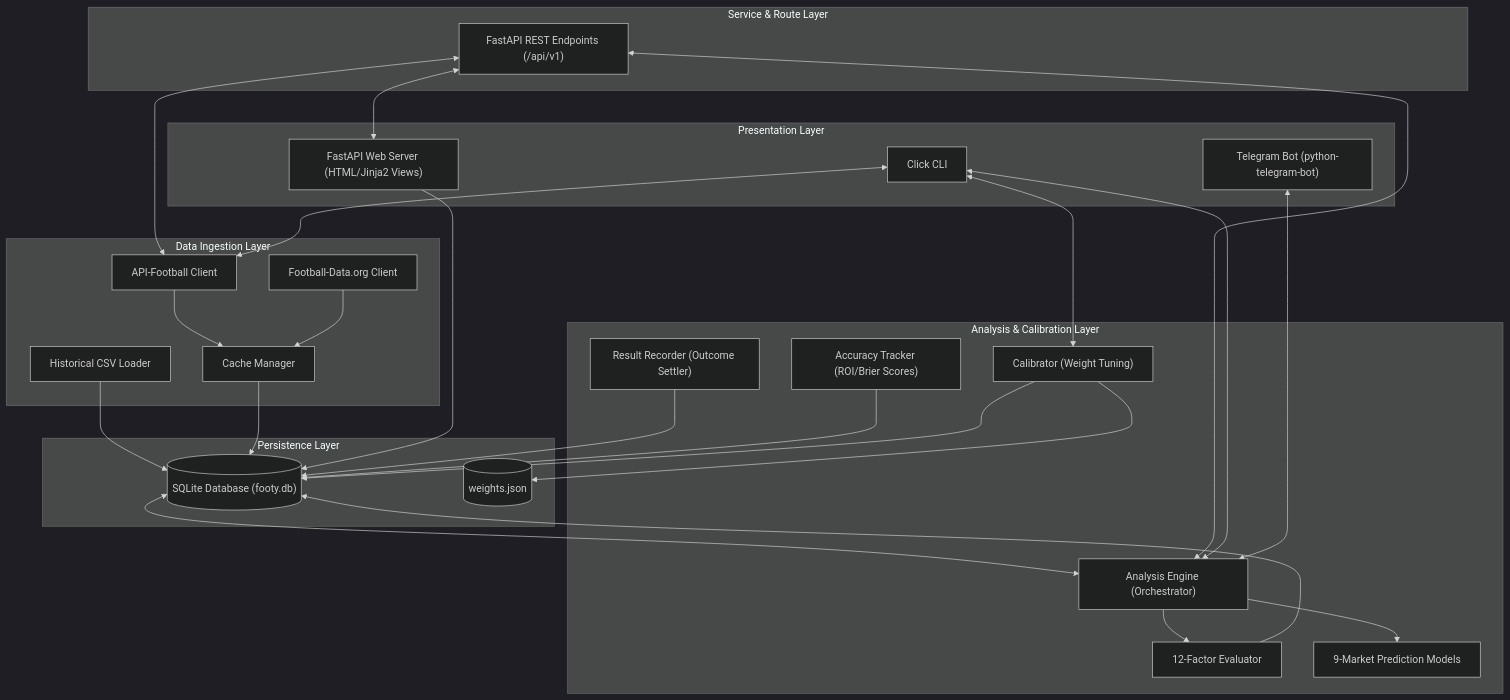
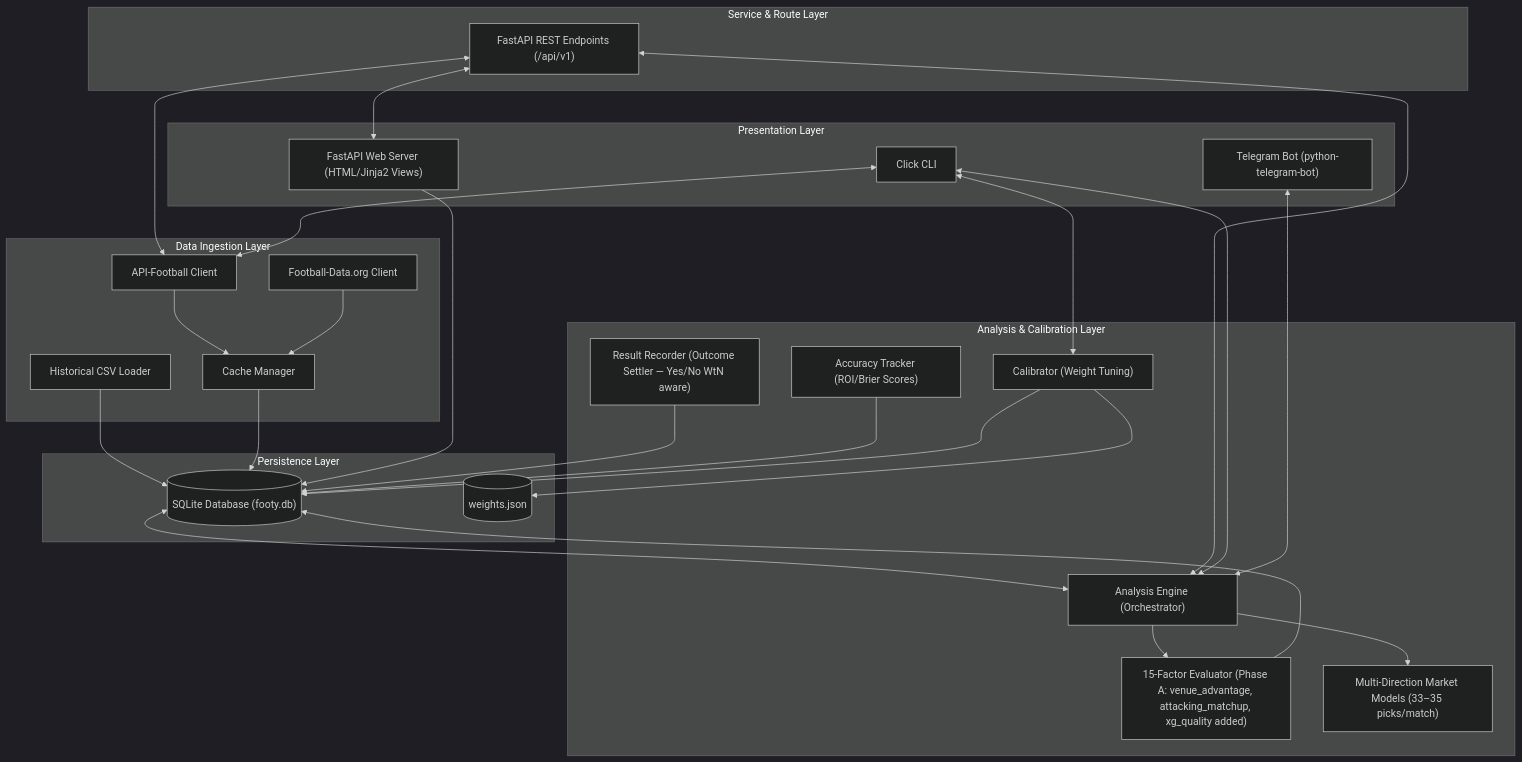
One commit to islajr/footy-predict changed the first of 4 diagrams in architecture.md. Above: the diagram before and after it, drawn with Mermaid (dark theme). The commit also changed other lines of this file, not shown here.

First line of the commit message:
docs(architecture): update for Phase A — 15 factors, multi-direction markets, WtN Yes/No

````diff
--- a/architecture.md
+++ b/architecture.md
@@ -22,66 +22,66 @@
 ```mermaid
 graph TD
     %% Presentation Layer
     subgraph Presentation ["Presentation Layer"]
         UI["FastAPI Web Server (HTML/Jinja2 Views)"]
         CLI["Click CLI"]
         Bot["Telegram Bot (python-telegram-bot)"]
     end
 
     %% API / Service Layer
     subgraph Service ["Service & Route Layer"]
         API_Routes["FastAPI REST Endpoints (/api/v1)"]
     end
 
     %% Analysis & Calibration Layer
     subgraph Analysis ["Analysis & Calibration Layer"]
         Engine["Analysis Engine (Orchestrator)"]
-        Factors["12-Factor Evaluator"]
-        Markets["9-Market Prediction Models"]
+        Factors["15-Factor Evaluator (Phase A: venue_advantage, attacking_matchup, xg_quality added)"]
+        Markets["Multi-Direction Market Models (33–35 picks/match)"]
         Calibrator["Calibrator (Weight Tuning)"]
-        Recorder["Result Recorder (Outcome Settler)"]
+        Recorder["Result Recorder (Outcome Settler — Yes/No WtN aware)"]
         Tracker["Accuracy Tracker (ROI/Brier Scores)"]
     end
 
     %% Data Ingestion Layer
     subgraph Ingestion ["Data Ingestion Layer"]
         APIF["API-Football Client"]
         FDO["Football-Data.org Client"]
         CSV["Historical CSV Loader"]
         Cache["Cache Manager"]
     end
 
     %% Persistence Layer
     subgraph Persistence ["Persistence Layer"]
         DB[("SQLite Database (footy.db)")]
         WeightsFile[("weights.json")]
     end
 
     %% Data Connections
     APIF --> Cache
     FDO --> Cache
     CSV --> DB
     Cache --> DB
 
     DB <--> Engine
     Engine --> Factors
     Engine --> Markets
     Factors --> DB
     
     Recorder --> DB
     Tracker --> DB
     Calibrator --> DB
     Calibrator --> WeightsFile
     
     API_Routes <--> UI
     API_Routes <--> Engine
     API_Routes <--> APIF
     
     CLI <--> Engine
     CLI <--> APIF
     CLI <--> Calibrator
     
     Bot <--> Engine
     
     UI --> DB
 ```
````
